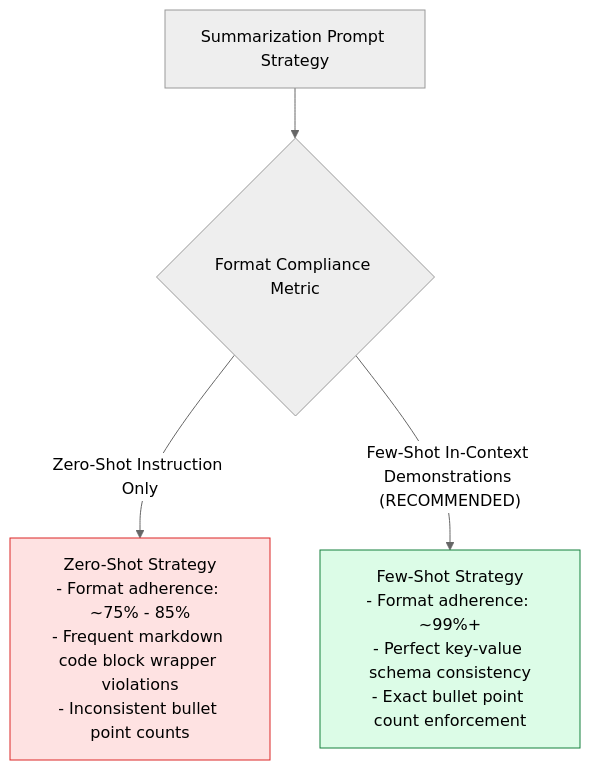
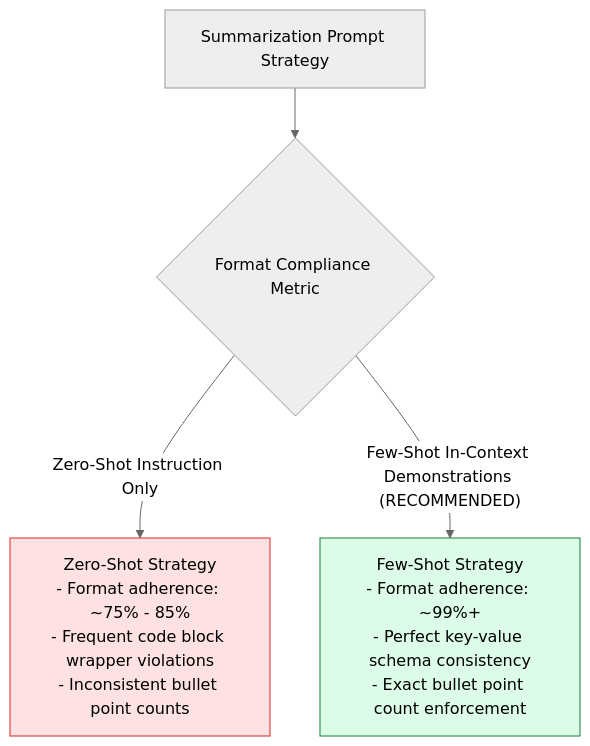
One commit to Amie-dev/engineering-playbook changed the second of 2 diagrams in agentic-ai-notes/01-chai-summarizer/02-few-shot-templates.md. Above: the diagram before and after it, drawn with Mermaid (neutral theme). The commit also changed other lines of this file and 27 other files, not shown here.

````diff
--- a/agentic-ai-notes/01-chai-summarizer/02-few-shot-templates.md
+++ b/agentic-ai-notes/01-chai-summarizer/02-few-shot-templates.md
@@ -38,11 +39,11 @@
 ```mermaid
 flowchart TD
     PromptStrategy[Summarization Prompt Strategy] --> Choice{Format Compliance Metric}
 
-    Choice -- "Zero-Shot Instruction Only" --> ZeroShot["Zero-Shot Strategy<br/>- Format adherence: ~75% - 85%<br/>- Frequent markdown code block wrapper violations<br/>- Inconsistent bullet point counts"]
+    Choice -- "Zero-Shot Instruction Only" --> ZeroShot["Zero-Shot Strategy<br/>- Format adherence: ~75% - 85%<br/>- Frequent code block wrapper violations<br/>- Inconsistent bullet point counts"]
 
     Choice -- "Few-Shot In-Context Demonstrations (RECOMMENDED)" --> FewShot["Few-Shot Strategy<br/>- Format adherence: ~99%+<br/>- Perfect key-value schema consistency<br/>- Exact bullet point count enforcement"]
 
     style FewShot fill:#dcfce7,stroke:#15803d
     style ZeroShot fill:#fee2e2,stroke:#dc2626
 ```
````
